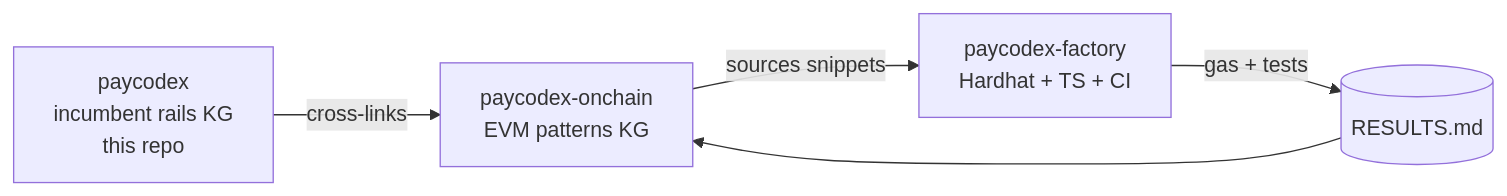
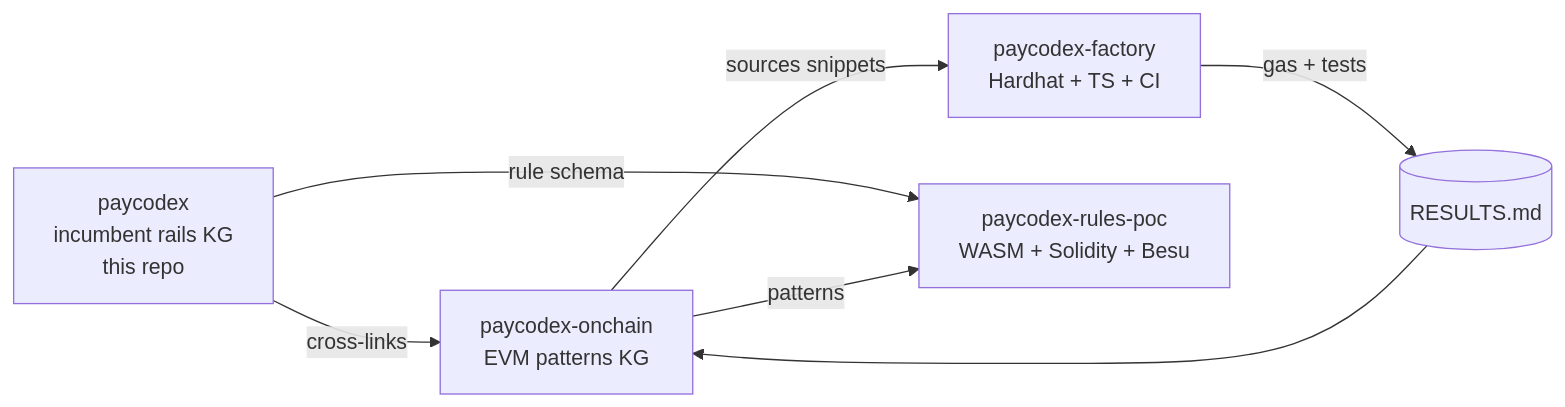
The diagram in README.md (lopezpalacios/paycodex), drawn with Mermaid before and after one commit. The commit also changed other lines of this file and 16 other files, not shown here.

````diff
--- a/README.md
+++ b/README.md
@@ -116,7 +117,9 @@
 ```mermaid
 flowchart LR
     Inc[paycodex<br/>incumbent rails KG<br/>this repo] -->|cross-links| DLT[paycodex-onchain<br/>EVM patterns KG]
     DLT -->|sources snippets| Factory[paycodex-factory<br/>Hardhat + TS + CI]
     Factory -->|gas + tests| RES[(RESULTS.md)]
     RES --> DLT
+    Inc -->|rule schema| Rules[paycodex-rules-poc<br/>WASM + Solidity + Besu]
+    DLT -->|patterns| Rules
 ```
````
